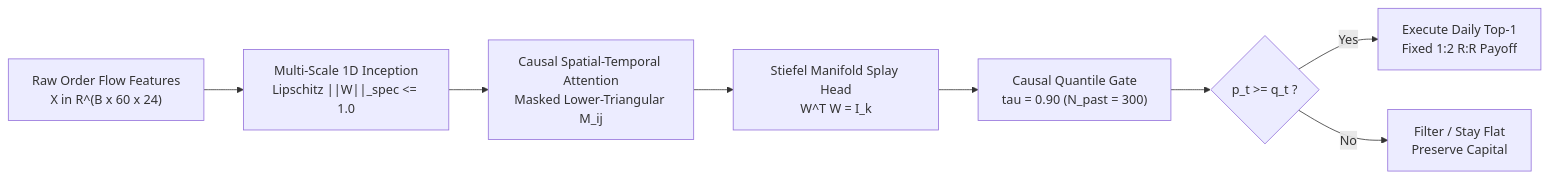
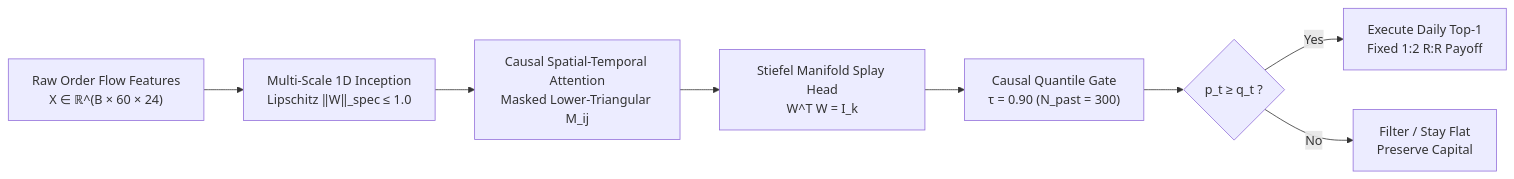
One commit to mhdalijawara-cloud/mhdalijawara-cloud.github.io changed the diagram in README.md. Above: the diagram before and after it, drawn with Mermaid. The commit also changed other lines of this file, not shown here.

Commit message:
docs(readme): reconcile exact annual trade counts and sanitize mermaid and math formatting

````diff
--- a/README.md
+++ b/README.md
@@ -61,10 +61,10 @@
 ```mermaid
 flowchart LR
-    A["Raw Order Flow Features<br/>X in R^(B x 60 x 24)"] --> B["Multi-Scale 1D Inception<br/>Lipschitz ||W||_spec <= 1.0"]
+    A["Raw Order Flow Features<br/>X ∈ ℝ^(B × 60 × 24)"] --> B["Multi-Scale 1D Inception<br/>Lipschitz ‖W‖_spec ≤ 1.0"]
     B --> C["Causal Spatial-Temporal Attention<br/>Masked Lower-Triangular M_ij"]
     C --> D["Stiefel Manifold Splay Head<br/>W^T W = I_k"]
-    D --> E["Causal Quantile Gate<br/>tau = 0.90 (N_past = 300)"]
-    E --> F{"p_t >= q_t ?"}
+    D --> E["Causal Quantile Gate<br/>τ = 0.90 (N_past = 300)"]
+    E --> F{"p_t ≥ q_t ?"}
     F -- "Yes" --> G["Execute Daily Top-1<br/>Fixed 1:2 R:R Payoff"]
     F -- "No" --> H["Filter / Stay Flat<br/>Preserve Capital"]
 ```
````
